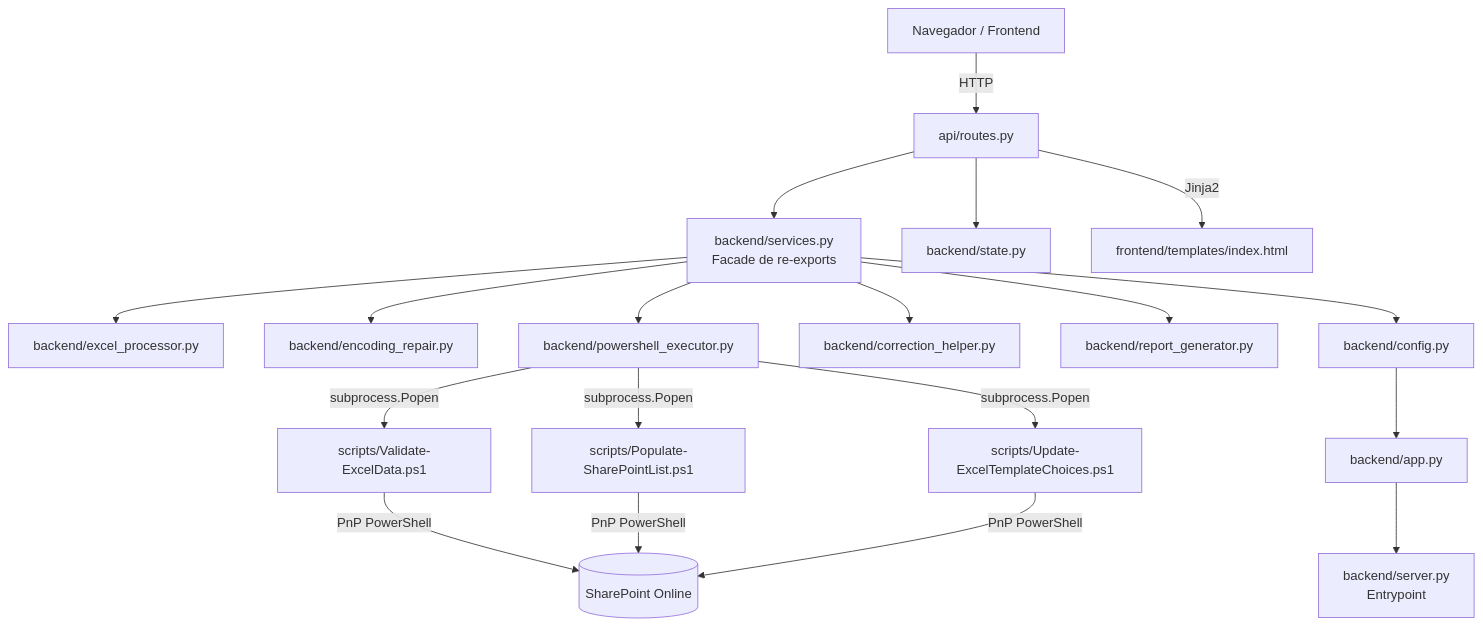
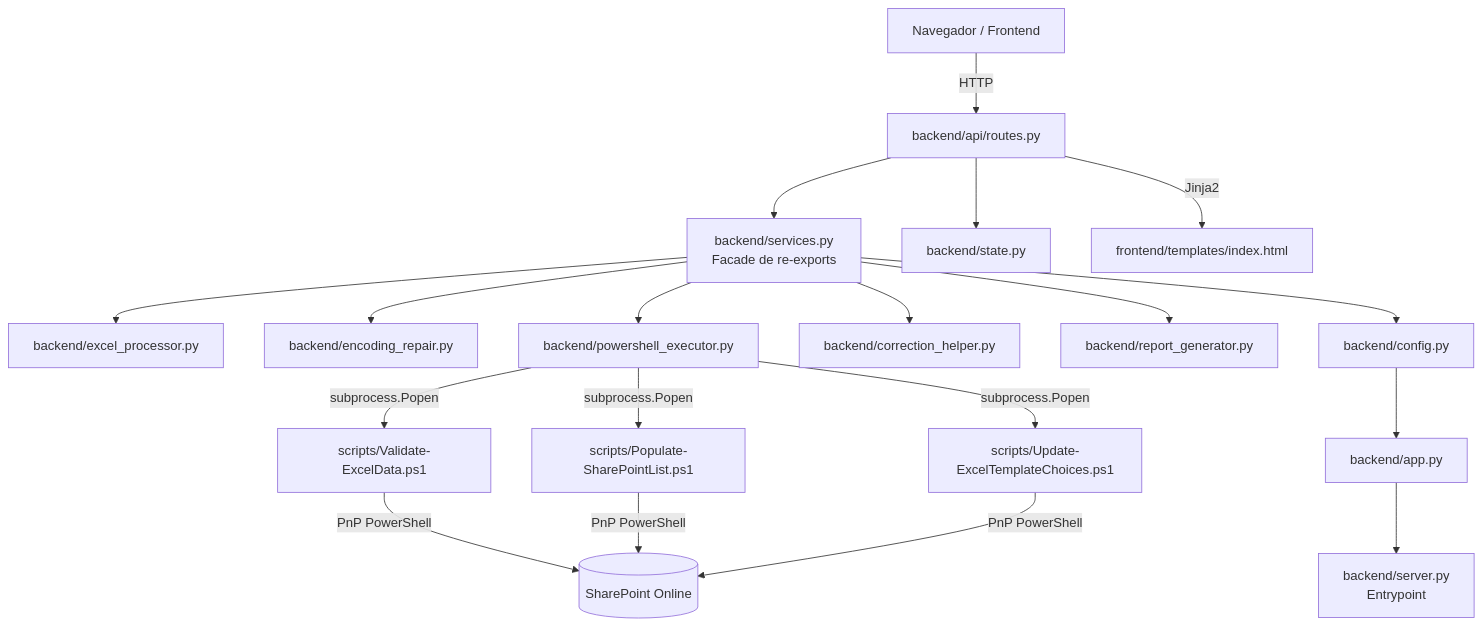
One commit to Samir-SAPSD/SolicitadorMobilizacao-BR4 changed the first of 2 diagrams in solicitador-mobilizacao-docs/docs/architecture.md. Above: the diagram before and after it, drawn with Mermaid. The commit also changed other lines of this file and 26 other files, not shown here.

````diff
--- a/solicitador-mobilizacao-docs/docs/architecture.md
+++ b/solicitador-mobilizacao-docs/docs/architecture.md
@@ -20,21 +22,21 @@
 ```mermaid
 graph TD
-    Client[Navegador / Frontend] -->|HTTP| Routes[api/routes.py]
+    Client[Navegador / Frontend] -->|HTTP| Routes[backend/api/routes.py]
     Routes --> Services[backend/services.py\nFacade de re-exports]
     Services --> ExcelProc[backend/excel_processor.py]
     Services --> EncRepair[backend/encoding_repair.py]
     Services --> PSExec[backend/powershell_executor.py]
     Services --> CorrHelper[backend/correction_helper.py]
     Services --> ReportGen[backend/report_generator.py]
     Services --> Config[backend/config.py]
     Routes --> State[backend/state.py]
     PSExec -->|subprocess.Popen| PS1_Validate[scripts/Validate-ExcelData.ps1]
     PSExec -->|subprocess.Popen| PS1_Populate[scripts/Populate-SharePointList.ps1]
     PSExec -->|subprocess.Popen| PS1_Update[scripts/Update-ExcelTemplateChoices.ps1]
     PS1_Validate -->|PnP PowerShell| SharePoint[(SharePoint Online)]
     PS1_Populate -->|PnP PowerShell| SharePoint
     PS1_Update -->|PnP PowerShell| SharePoint
     Routes -->|Jinja2| Frontend[frontend/templates/index.html]
     Config --> App[backend/app.py]
     App --> Server[backend/server.py\nEntrypoint]
 ```
````
